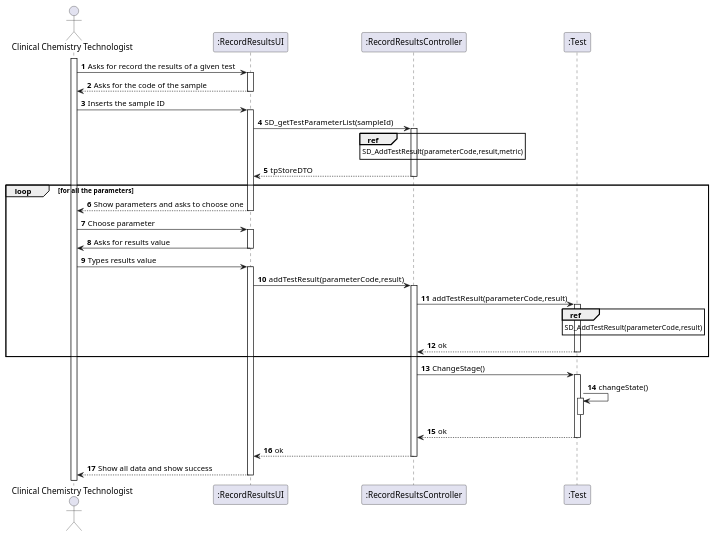
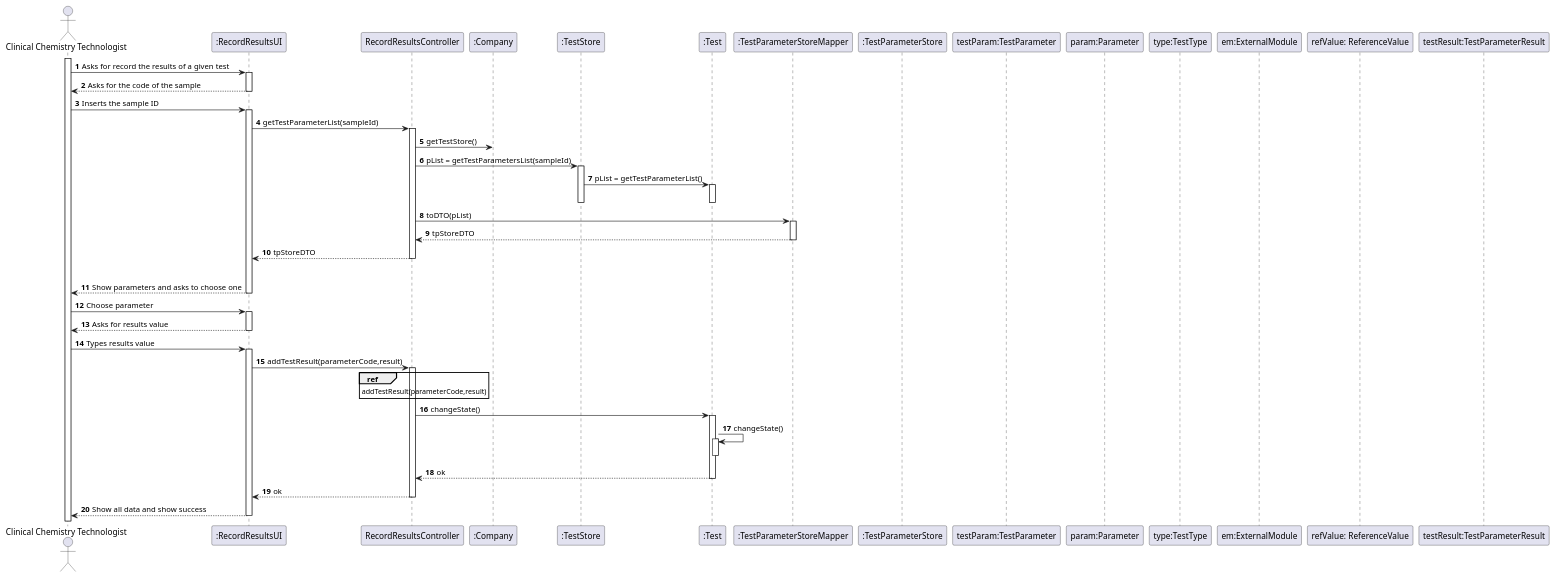
Before and after one commit to MarianaCLages/LAPR2: the diagram in docs/SprintC/US12/US12_SD.puml, drawn with PlantUML. The commit also changed 23 other files, not shown here.

Commit message:
correction the US5 + changes in US12/US4 diagrams

```diff
--- a/docs/SprintC/US12/US12_SD.puml
+++ b/docs/SprintC/US12/US12_SD.puml
@@ -1,56 +1,75 @@
 @startuml
 autonumber
 actor "Clinical Chemistry Technologist" as cct
 participant ":RecordResultsUI" as UI
-participant ":RecordResultsController" as ctrl
+participant "RecordResultsController" as ctrl
+participant ":Company" as Comp
+participant ":TestStore" as tStore
 participant ":Test" as Test
+participant ":TestParameterStoreMapper" as tpStoreMapper
+participant ":TestParameterStore" as tpStore
+participant "testParam:TestParameter" as TestPa
+participant "param:Parameter" as Param
+participant "type:TestType" as TestTy
+participant "em:ExternalModule" as ExMod
+participant "refValue: ReferenceValue" as RefVal
+participant "testResult:TestParameterResult" as TestParamRes
+
 
 activate cct
 cct -> UI: Asks for record the results of a given test
 activate UI
 UI --> cct: Asks for the code of the sample
 deactivate UI
 cct -> UI: Inserts the sample ID
 activate UI
-UI -> ctrl: SD_getTestParameterList(sampleId)
-ref over ctrl: SD_AddTestResult(parameterCode,result,metric)
-activate ctrl
-ctrl --> UI: tpStoreDTO
-deactivate ctrl
+UI -> ctrl: getTestParameterList(sampleId)
+      activate ctrl
+      ctrl -> Comp: getTestStore()
+      ctrl -> tStore: pList = getTestParametersList(sampleId)
+      activate tStore
+      tStore -> Test: pList = getTestParameterList()
+      activate Test
+      deactivate
+      deactivate tStore
+
+      ctrl -> tpStoreMapper: toDTO(pList)
+      activate tpStoreMapper
+
+      tpStoreMapper --> ctrl: tpStoreDTO
+      deactivate tpStoreMapper
+      return tpStoreDTO
+      deactivate ctrl
+      deactivate tStore
 loop for all the parameters
     UI --> cct: Show parameters and asks to choose one
     deactivate UI
     cct -> UI: Choose parameter
     activate UI
-    UI -> cct: Asks for results value
+    UI --> cct: Asks for results value
     deactivate UI
     cct -> UI: Types results value
     activate UI
 
     UI -> ctrl: addTestResult(parameterCode,result)
     activate ctrl
-    ctrl -> Test: addTestResult(parameterCode,result)
-    activate Test
-    ref over Test : SD_AddTestResult(parameterCode,result)
-    Test --> ctrl : ok
-    deactivate Test
-
-end
-ctrl -> Test: ChangeStage()
+   ref over ctrl: addTestResult(parameterCode,result)
+ctrl -> Test: changeState()
 activate Test
 Test -> Test: changeState()
 activate Test
 deactivate
+
 Test --> ctrl: ok
 deactivate
 ctrl --> UI : ok
 deactivate ctrl
 
 
 UI --> cct: Show all data and show success
 deactivate UI
 
 
 
 
 @enduml
```
